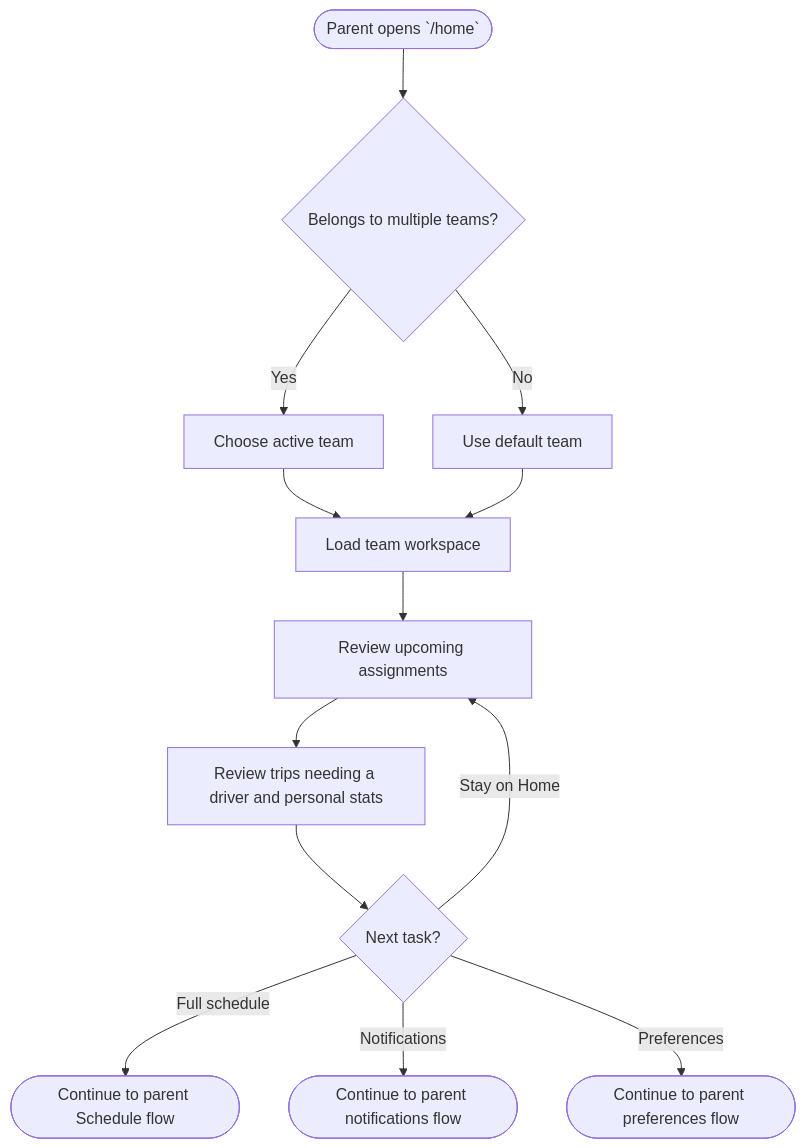
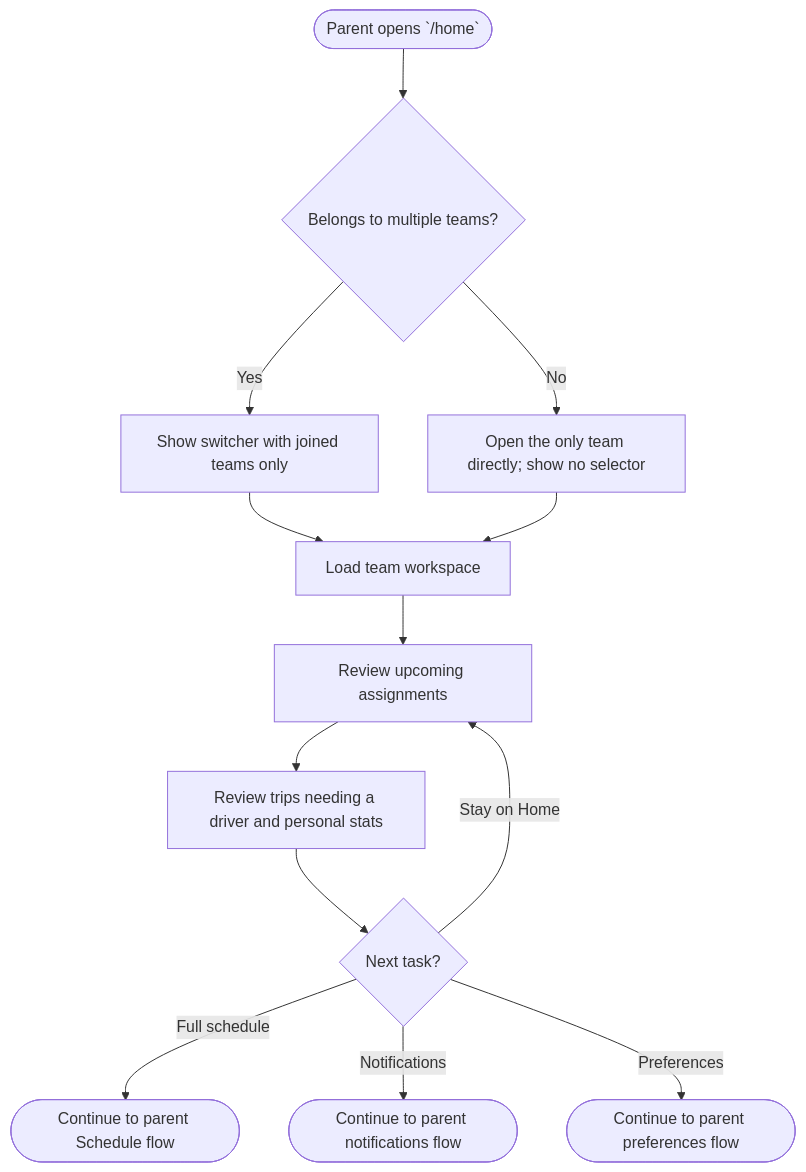
Before and after one commit to kazes5/soccer: diagram 19 of 27 in docs/flow-charts.md, drawn with Mermaid. The commit also changed other lines of this file and 18 other files, not shown here.

````diff
--- a/docs/flow-charts.md
+++ b/docs/flow-charts.md
@@ -358,15 +358,15 @@
 ```mermaid
 flowchart TD
     A([Parent opens `/home`]) --> B{Belongs to multiple teams?}
-    B -->|Yes| C[Choose active team]
-    B -->|No| D[Use default team]
+    B -->|Yes| C[Show switcher with joined teams only]
+    B -->|No| D[Open the only team directly; show no selector]
     C --> E[Load team workspace]
     D --> E
     E --> F[Review upcoming assignments]
     F --> G[Review trips needing a driver and personal stats]
     G --> H{Next task?}
     H -->|Full schedule| I([Continue to parent Schedule flow])
     H -->|Notifications| J([Continue to parent notifications flow])
     H -->|Preferences| K([Continue to parent preferences flow])
     H -->|Stay on Home| F
 ```
````
